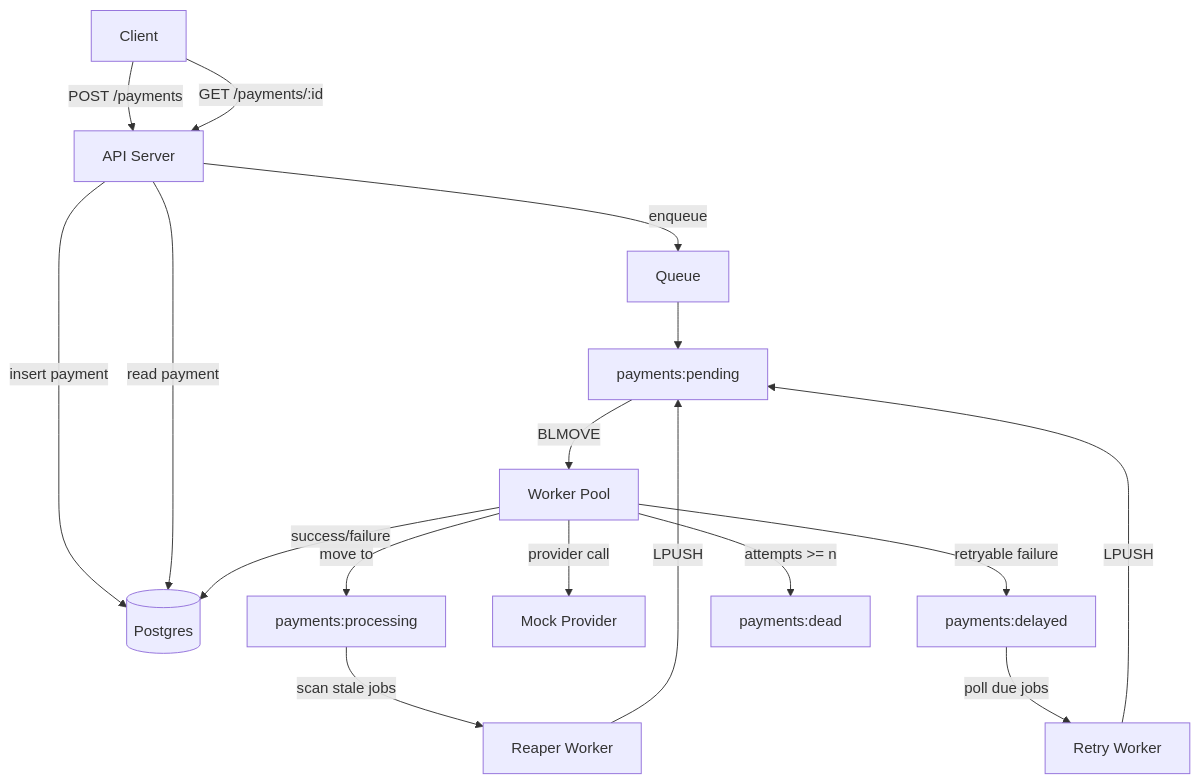
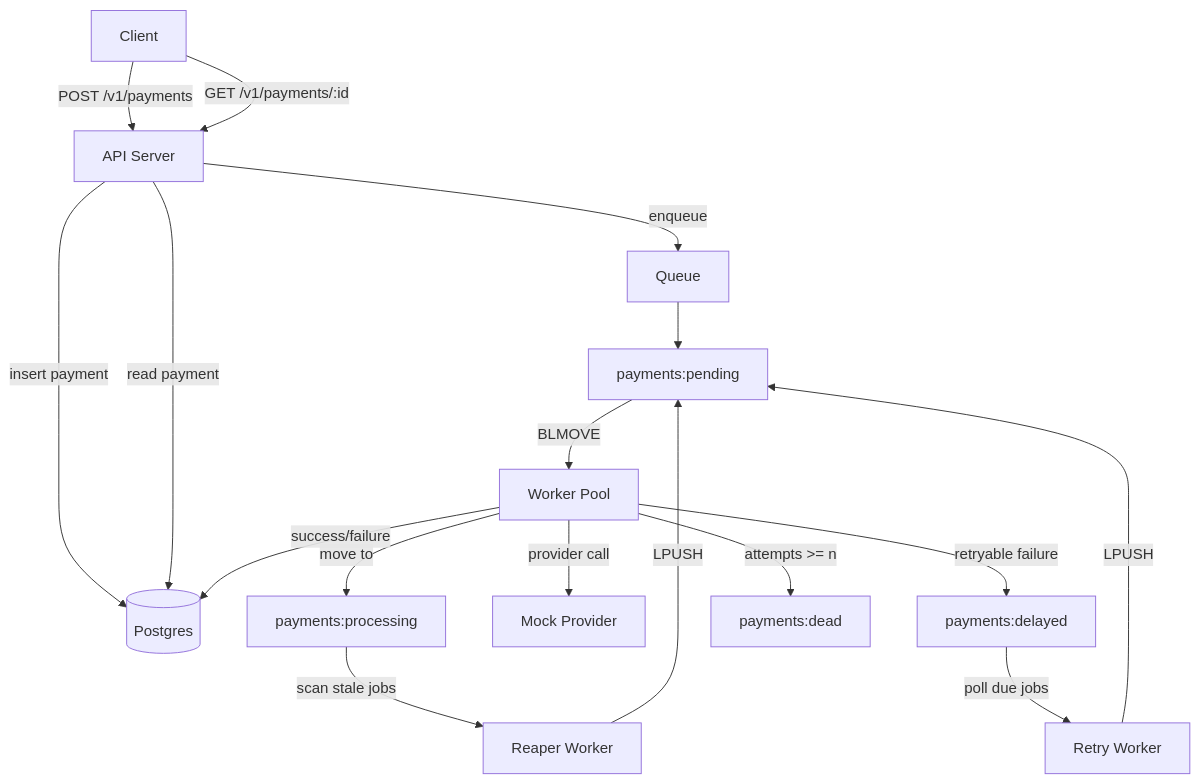
One commit to electr1fy0/okane changed the diagram in README.md. Above: the diagram before and after it, drawn with Mermaid. The commit also changed other lines of this file and 10 other files, not shown here.

````diff
--- a/README.md
+++ b/README.md
@@ -21,23 +21,23 @@
 ```mermaid
 flowchart TD
-    Client -->|POST /payments| API["API Server"]
-    Client -->|"GET /payments/:id"| API
+    Client -->|POST /v1/payments| API["API Server"]
+    Client -->|"GET /v1/payments/:id"| API
 
     API -->|insert payment| PG[("Postgres")]
     API -->|read payment| PG
     API -->|enqueue| Queue["Queue"]
     Queue --> Pending["payments:pending"]
 
     Pending -->|BLMOVE| WorkerPool["Worker Pool"]
     WorkerPool -->|move to| Processing["payments:processing"]
     WorkerPool -->|provider call| Provider["Mock Provider"]
     WorkerPool -->|success/failure| PG
     WorkerPool -->|retryable failure| Delayed["payments:delayed"]
     WorkerPool -->|attempts >= n| Dead["payments:dead"]
 
     Delayed -->|poll due jobs| Retry["Retry Worker"]
     Retry -->|LPUSH| Pending
 
     Processing -->|scan stale jobs| Reaper["Reaper Worker"]
     Reaper -->|LPUSH| Pending
 ```
````
